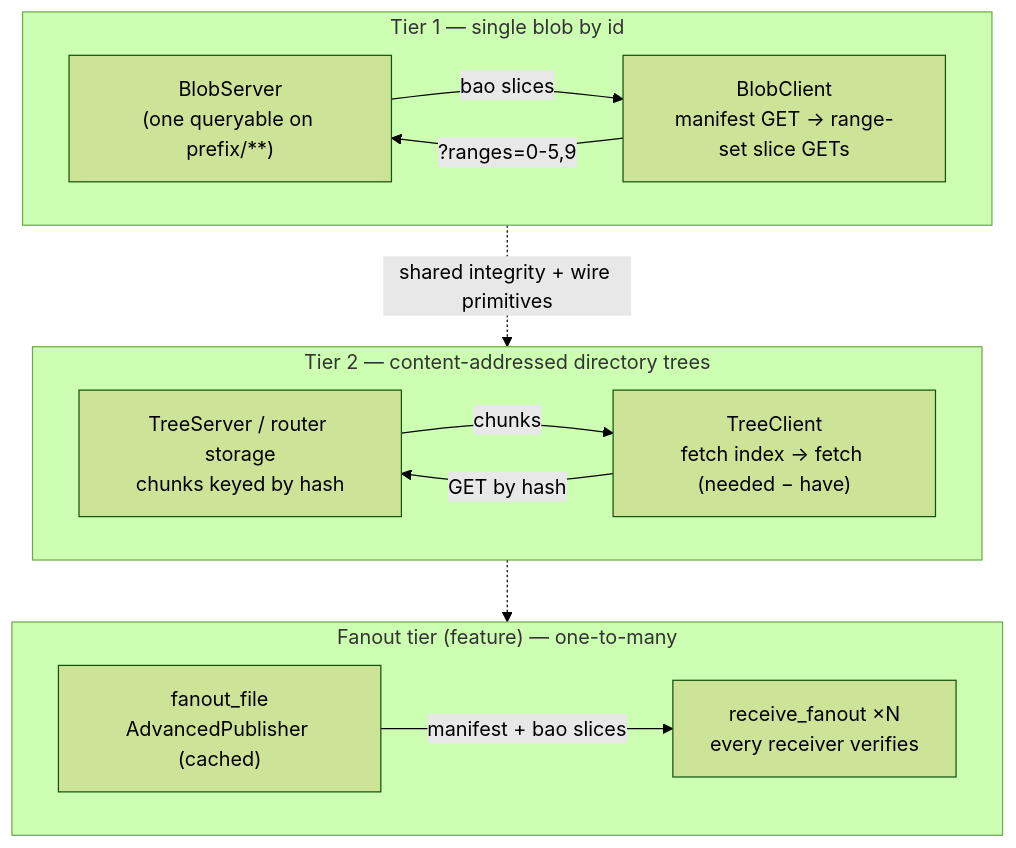
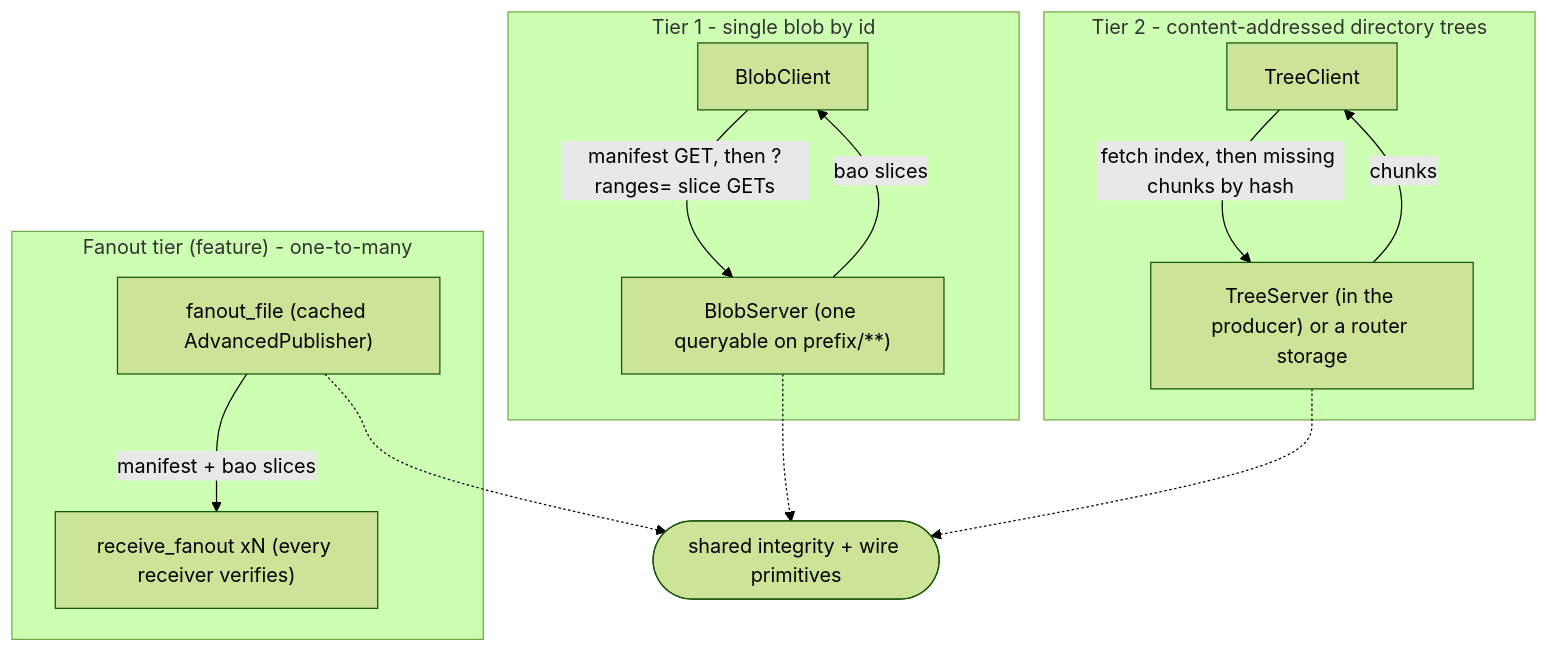
Before and after one commit to p13marc/zblob: the first of 3 diagrams in docs/architecture.md, drawn with Mermaid (forest theme). The commit also changed other lines of this file and 2 other files, not shown here.

First line of the commit message:
docs: fix mermaid rendering and clarify storage is optional

````diff
--- a/docs/architecture.md
+++ b/docs/architecture.md
@@ -24,25 +24,24 @@
 ```mermaid
 flowchart TB
-    subgraph T1["Tier 1 — single blob by id"]
-        direction LR
-        BS["BlobServer<br/>(one queryable on prefix/**)"]
-        BC["BlobClient<br/>manifest GET → range-set slice GETs"]
-        BC -->|"?ranges=0-5,9"| BS
+    subgraph T1["Tier 1 - single blob by id"]
+        BC["BlobClient"]
+        BS["BlobServer (one queryable on prefix/**)"]
+        BC -->|"manifest GET, then ?ranges= slice GETs"| BS
         BS -->|"bao slices"| BC
     end
-    subgraph T2["Tier 2 — content-addressed directory trees"]
-        direction LR
-        TS["TreeServer / router storage<br/>chunks keyed by hash"]
-        TC["TreeClient<br/>fetch index → fetch (needed − have)"]
-        TC -->|"GET by hash"| TS
+    subgraph T2["Tier 2 - content-addressed directory trees"]
+        TC["TreeClient"]
+        TS["TreeServer (in the producer) or a router storage"]
+        TC -->|"fetch index, then missing chunks by hash"| TS
         TS -->|"chunks"| TC
     end
-    subgraph TF["Fanout tier (feature) — one-to-many"]
-        direction LR
-        FP["fanout_file<br/>AdvancedPublisher (cached)"]
-        FR["receive_fanout ×N<br/>every receiver verifies"]
+    subgraph TF["Fanout tier (feature) - one-to-many"]
+        FP["fanout_file (cached AdvancedPublisher)"]
+        FR["receive_fanout xN (every receiver verifies)"]
         FP -->|"manifest + bao slices"| FR
     end
-    T1 -.->|"shared integrity + wire primitives"| T2
-    T2 -.-> TF
+    CORE(["shared integrity + wire primitives"])
+    BS -.-> CORE
+    TS -.-> CORE
+    FP -.-> CORE
 ```
````
